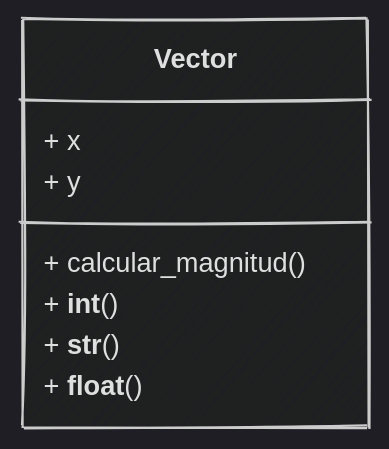
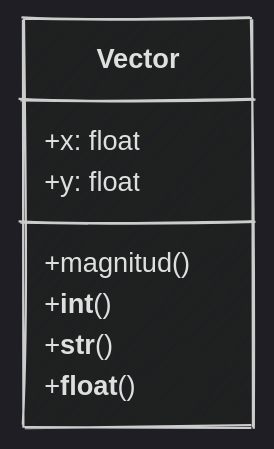
The sixth of 10 diagrams in content/sesion08/Readme.md (python-la-paz/python-study-group-oop), drawn with Mermaid before and after one commit. The commit also changed other lines of this file, not shown here.

````diff
--- a/content/sesion08/Readme.md
+++ b/content/sesion08/Readme.md
@@ -946,12 +953,12 @@
 ```mermaid
 %%{init: {"theme": "dark", "look": "handDrawn"  }}%%
 classDiagram
     class Vector {
-        + x
-        + y
-        + calcular_magnitud()
-        + __int__()
-        + __str__()
-        + __float__()
+        +x: float
+        +y: float
+        +magnitud()
+        +__int__()
+        +__str__()
+        +__float__()
     }
 ```
````
